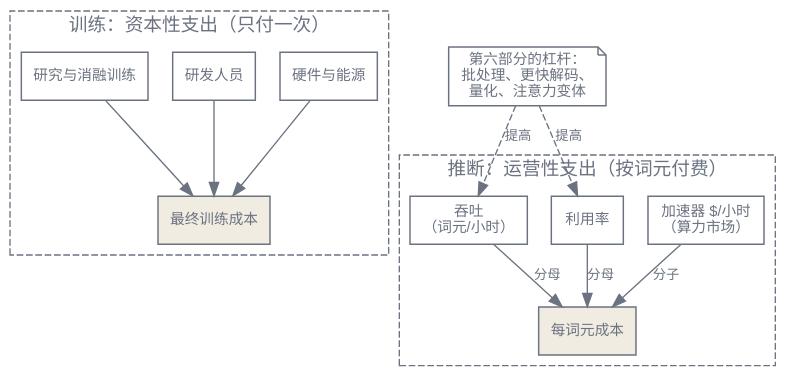
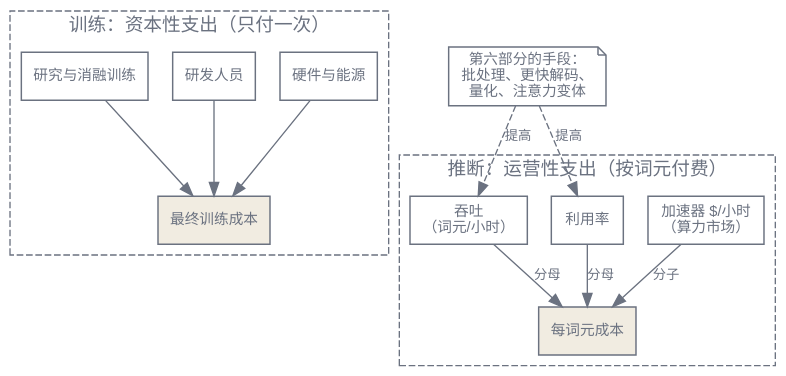
The first of 2 diagrams in zh/ecosystem/03-economics.qmd (latere-ai/ai-as-an-infrastructure), drawn with Graphviz before and after one commit. The commit also changed other lines of this file and 23 other files, not shown here.

````diff
--- a/zh/ecosystem/03-economics.qmd
+++ b/zh/ecosystem/03-economics.qmd
@@ -32,42 +32,42 @@
 ```{dot}
 //| label: fig-economics-cost-structures
 //| fig-cap: "两种成本结构的分解。训练是若干一次性部分之和，在任何价值返回之前就已付出。推断是按词元的比值，分母正是服务栈改进的对象。"
 digraph cost_structures {
   bgcolor="transparent";
   rankdir=TB;
   node [shape=box, fontname="Helvetica", fontsize=11, color="#6b7280", fontcolor="#6b7280", penwidth=1.1];
   edge [fontname="Helvetica", fontsize=10, color="#6b7280", fontcolor="#6b7280"];
 
   subgraph cluster_capex {
     label="训练：资本性支出（只付一次）";
     style=dashed;
     color="#6b7280";
     fontcolor="#6b7280";
     train [label="最终训练成本", shape=box, style=filled, fillcolor="#f1ece1"];
     hw [label="硬件与能源"];
     rnd [label="研发人员"];
     abl [label="研究与消融训练"];
     hw -> train;
     rnd -> train;
     abl -> train;
   }
 
   subgraph cluster_opex {
     label="推断：运营性支出（按词元付费）";
     style=dashed;
     color="#6b7280";
     fontcolor="#6b7280";
     unit [label="每词元成本", shape=box, style=filled, fillcolor="#f1ece1"];
     price [label="加速器 $/小时\n（算力市场）"];
     thr [label="吞吐\n（词元/小时）"];
     util [label="利用率"];
     price -> unit [label="分子"];
     thr -> unit [label="分母"];
     util -> unit [label="分母"];
   }
 
-  lever [label="第六部分的杠杆：\n批处理、更快解码、\n量化、注意力变体", shape=note];
+  lever [label="第六部分的手段：\n批处理、更快解码、\n量化、注意力变体", shape=note];
   lever -> thr [style=dashed, label="提高"];
   lever -> util [style=dashed, label="提高"];
 }
 ```
````
